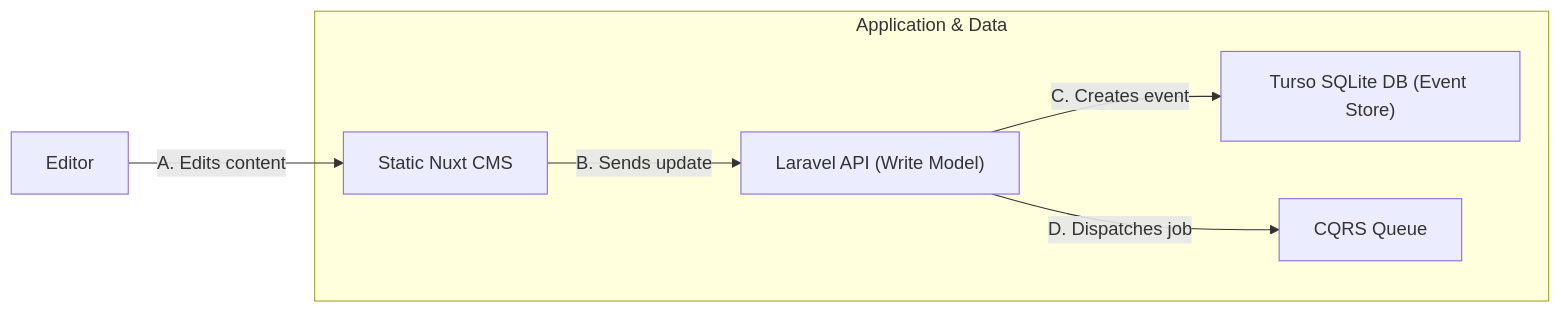
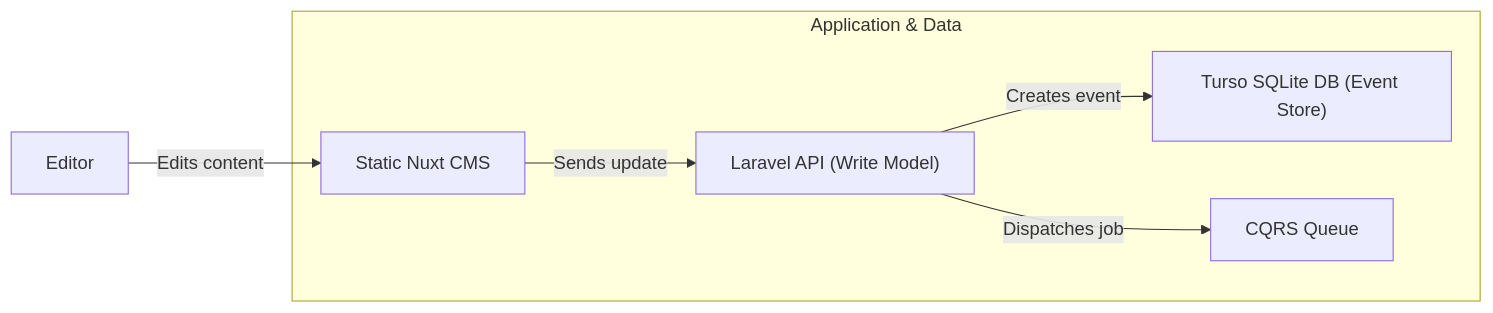
The third of 4 diagrams in slides.md (daim-dev/pitch), drawn with Mermaid before and after one commit. The commit also changed other lines of this file, not shown here.

Commit message:
fix(architecture): remove sequence labels

````diff
--- a/slides.md
+++ b/slides.md
@@ -207,14 +207,14 @@
 ```mermaid
 graph LR
     subgraph "Application & Data"
         CMS["Static Nuxt CMS"]
         API["Laravel API (Write Model)"]
         DB["Turso SQLite DB (Event Store)"]
         Queue["CQRS Queue"]
     end
 
-    Editor -- "A. Edits content" --> CMS
-    CMS -- "B. Sends update" --> API
-    API -- "C. Creates event" --> DB
-    API -- "D. Dispatches job" --> Queue
+    Editor -- "Edits content" --> CMS
+    CMS -- "Sends update" --> API
+    API -- "Creates event" --> DB
+    API -- "Dispatches job" --> Queue
 ```
````
